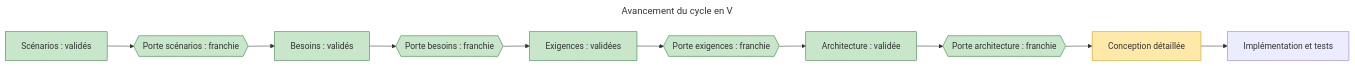
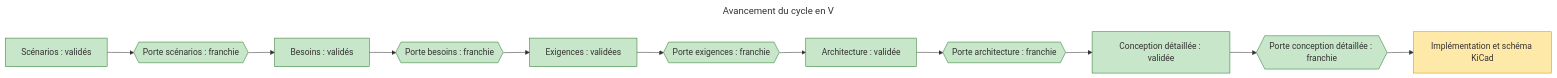
One commit to thourymatthieu-png/coworker_archi_system changed the diagram in projets/boomrone/reprise.md. Above: the diagram before and after it, drawn with Mermaid. The commit also changed other lines of this file and 4 other files, not shown here.

````diff
--- a/projets/boomrone/reprise.md
+++ b/projets/boomrone/reprise.md
@@ -13,19 +16,20 @@
 ```mermaid
 ---
 title: "Avancement du cycle en V"
 ---
 flowchart LR
     S["Scénarios : validés"] --> PS{{"Porte scénarios : franchie"}}
     PS --> B["Besoins : validés"]
     B --> PB{{"Porte besoins : franchie"}}
     PB --> R["Exigences : validées"]
     R --> PR{{"Porte exigences : franchie"}}
     PR --> A["Architecture : validée"]
     A --> PA{{"Porte architecture : franchie"}}
-    PA --> D["Conception détaillée"]
-    D --> I["Implémentation et tests"]
+    PA --> D["Conception détaillée : validée"]
+    D --> PD{{"Porte conception détaillée : franchie"}}
+    PD --> I["Implémentation et schéma KiCad"]
     classDef fait fill:#c8e6c9,stroke:#2e7d32
     classDef cours fill:#ffe9a8,stroke:#c90
-    class S,PS,B,PB,R,PR,A,PA fait
-    class D cours
+    class S,PS,B,PB,R,PR,A,PA,D,PD fait
+    class I cours
 ```
````
